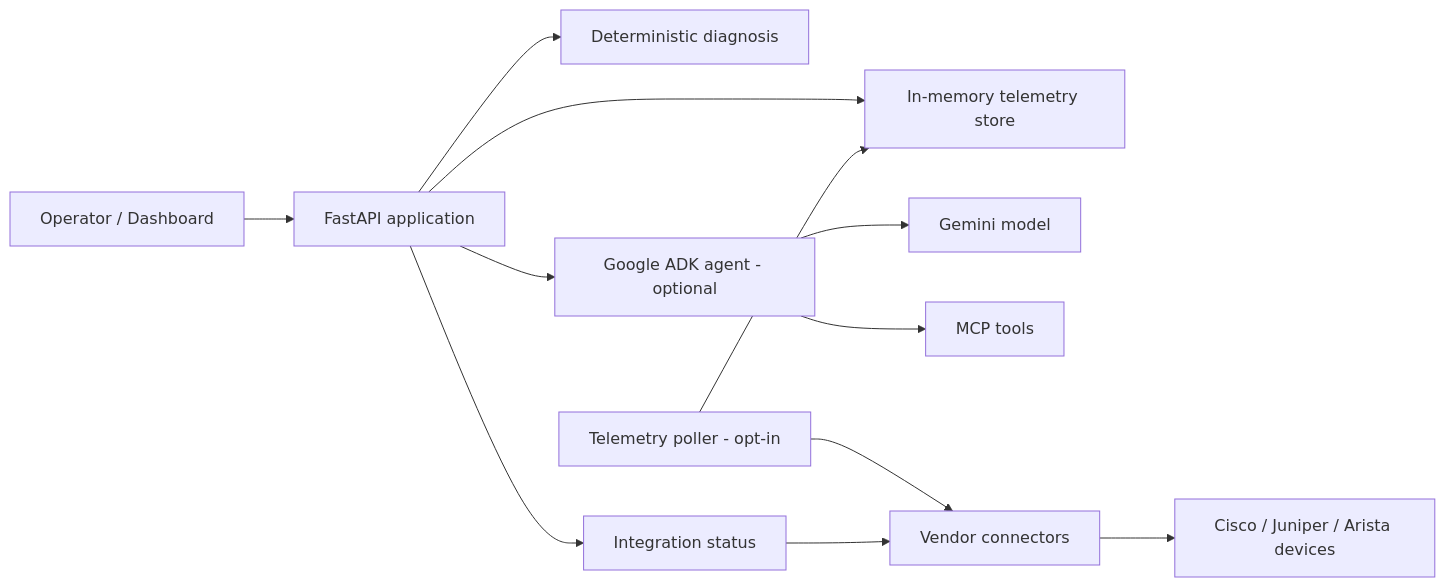
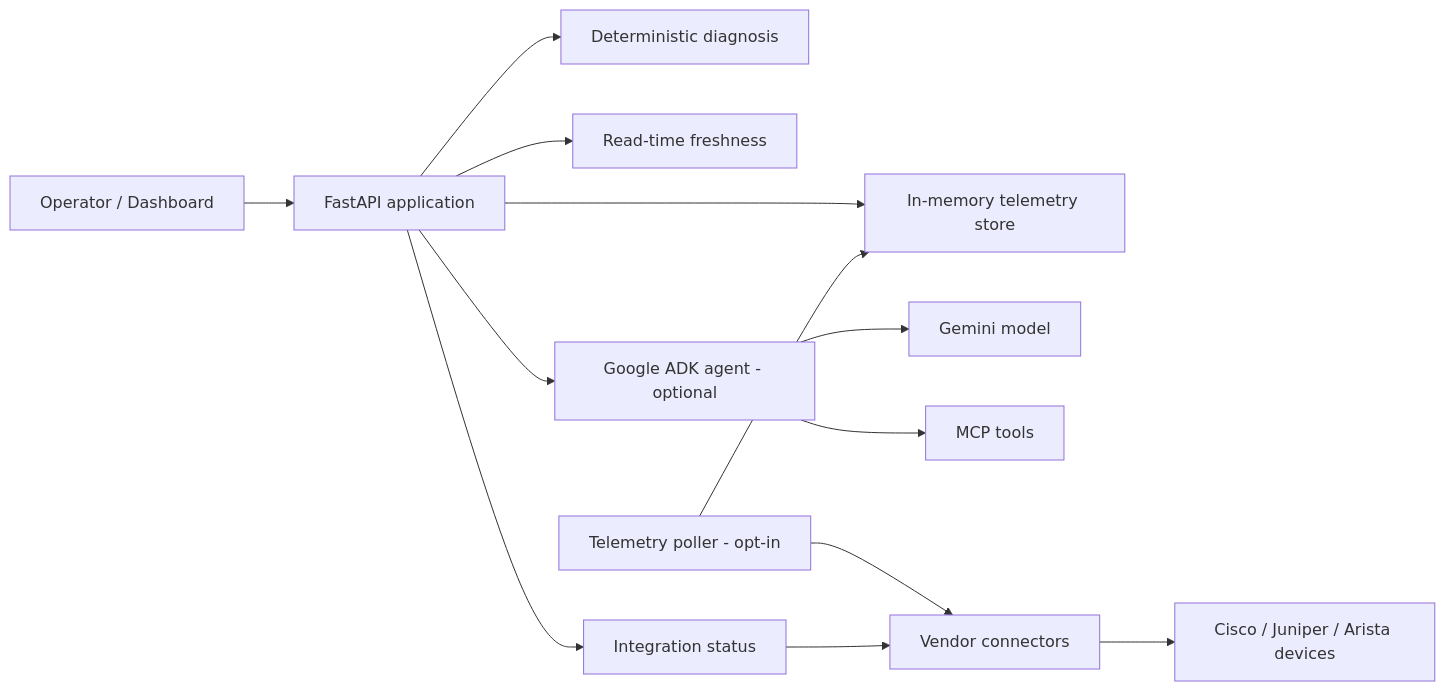
Before and after one commit to anirudh1937/agentic-netops-: the first of 2 diagrams in docs/architecture.md, drawn with Mermaid. The commit also changed other lines of this file and 7 other files, not shown here.

````diff
--- a/docs/architecture.md
+++ b/docs/architecture.md
@@ -8,18 +8,19 @@
 ```mermaid
 flowchart LR
     Client[Operator / Dashboard] --> API[FastAPI application]
 
     API --> Diagnosis[Deterministic diagnosis]
     API --> Store[In-memory telemetry store]
+    API --> Freshness[Read-time freshness]
     API --> Agent[Google ADK agent - optional]
 
     Agent --> Gemini[Gemini model]
     Agent --> MCP[MCP tools]
 
     Poller[Telemetry poller - opt-in] --> Store
     Poller --> Connectors[Vendor connectors]
     Connectors --> Devices[Cisco / Juniper / Arista devices]
 
     API --> Integrations[Integration status]
     Integrations --> Connectors
 ```
````
